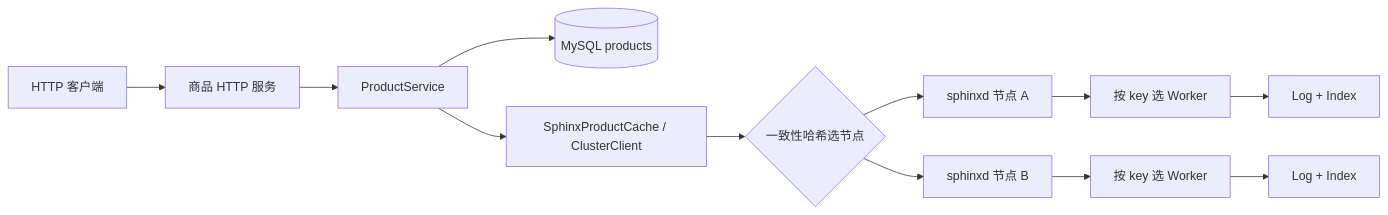
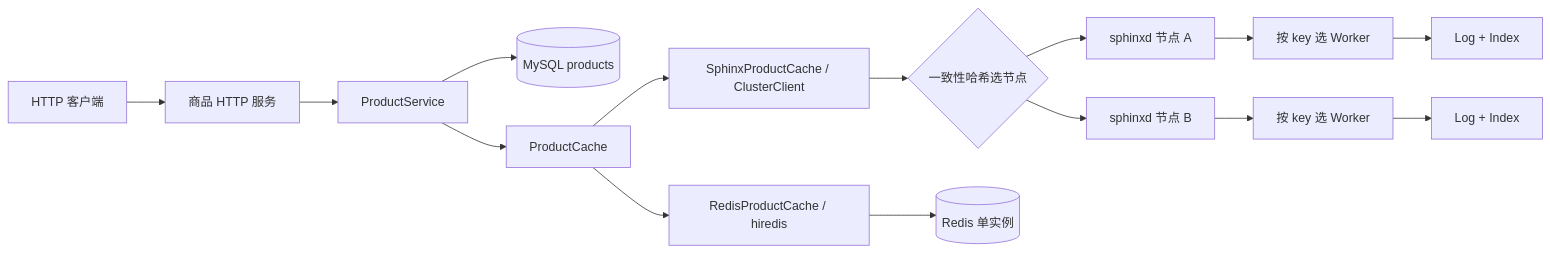
The diagram in docs/ARCHITECTURE.md (clen3zz/sphinx), drawn with Mermaid before and after one commit. The commit also changed other lines of this file and 6 other files, not shown here.

````diff
--- a/docs/ARCHITECTURE.md
+++ b/docs/ARCHITECTURE.md
@@ -7,14 +7,17 @@
 ```mermaid
 flowchart LR
     U[HTTP 客户端] --> H[商品 HTTP 服务]
     H --> B[ProductService]
     B --> M[(MySQL products)]
-    B --> C[SphinxProductCache / ClusterClient]
-    C --> R{一致性哈希选节点}
+    B --> C[ProductCache]
+    C --> S[SphinxProductCache / ClusterClient]
+    C --> D[RedisProductCache / hiredis]
+    S --> R{一致性哈希选节点}
     R --> N1[sphinxd 节点 A]
     R --> N2[sphinxd 节点 B]
     N1 --> W1[按 key 选 Worker]
     N2 --> W2[按 key 选 Worker]
     W1 --> L1[Log + Index]
     W2 --> L2[Log + Index]
+    D --> RD[(Redis 单实例)]
 ```
````
